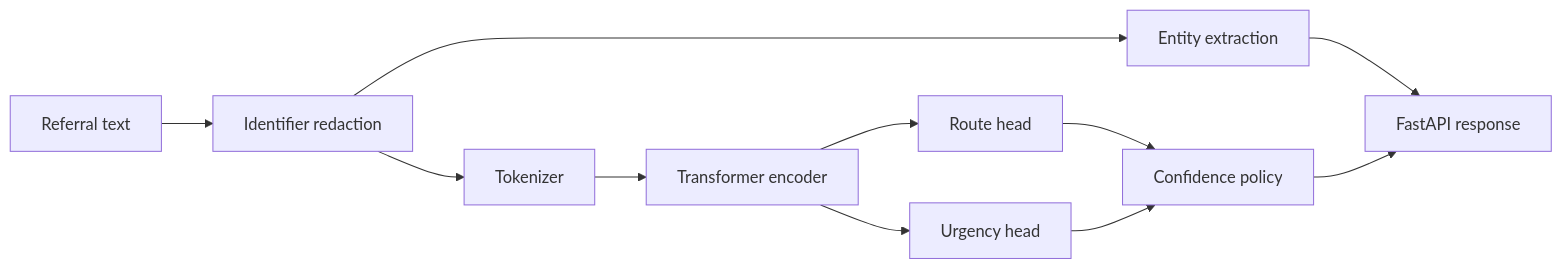
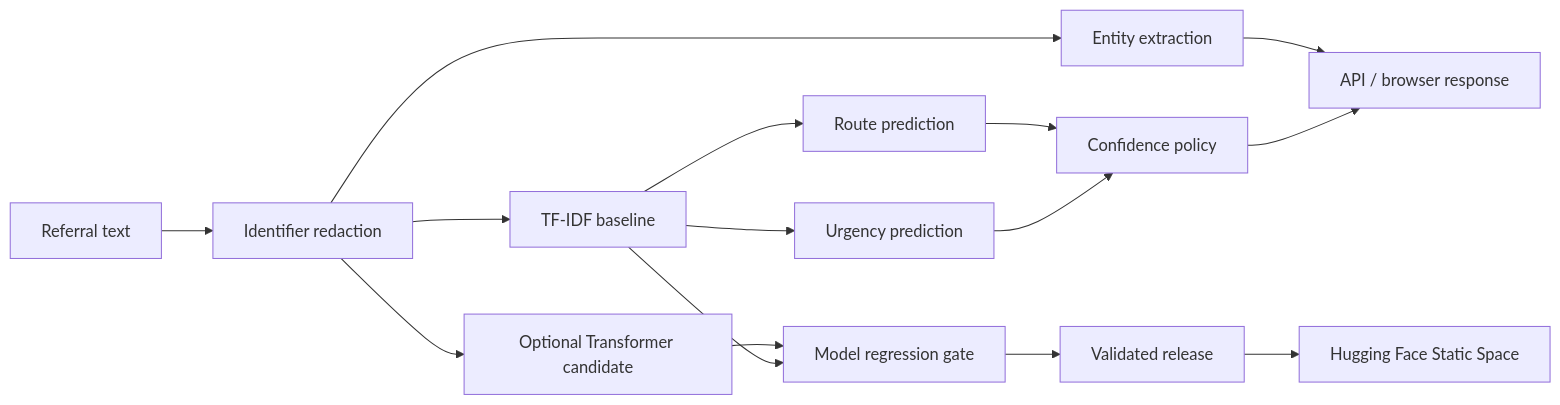
The diagram in README.md (singhankitsrf/ClinRoute-NLP-ReleaseOps), drawn with Mermaid before and after one commit. The commit also changed other lines of this file, not shown here.

Commit message:
Surface live Hugging Face flagship demo

````diff
--- a/README.md
+++ b/README.md
@@ -13,13 +21,17 @@
 ```mermaid
 flowchart LR
     TEXT[Referral text] --> REDACT[Identifier redaction]
-    REDACT --> TOK[Tokenizer]
-    TOK --> ENC[Transformer encoder]
-    ENC --> ROUTE[Route head]
-    ENC --> URGENCY[Urgency head]
+    REDACT --> BASE[TF-IDF baseline]
+    REDACT --> CAND[Optional Transformer candidate]
+    BASE --> ROUTE[Route prediction]
+    BASE --> URGENCY[Urgency prediction]
+    CAND --> GATE[Model regression gate]
+    BASE --> GATE
     REDACT --> ENT[Entity extraction]
     ROUTE --> POLICY[Confidence policy]
     URGENCY --> POLICY
-    ENT --> API[FastAPI response]
+    ENT --> API[API / browser response]
     POLICY --> API
+    GATE --> RELEASE[Validated release]
+    RELEASE --> HF[Hugging Face Static Space]
 ```
````
